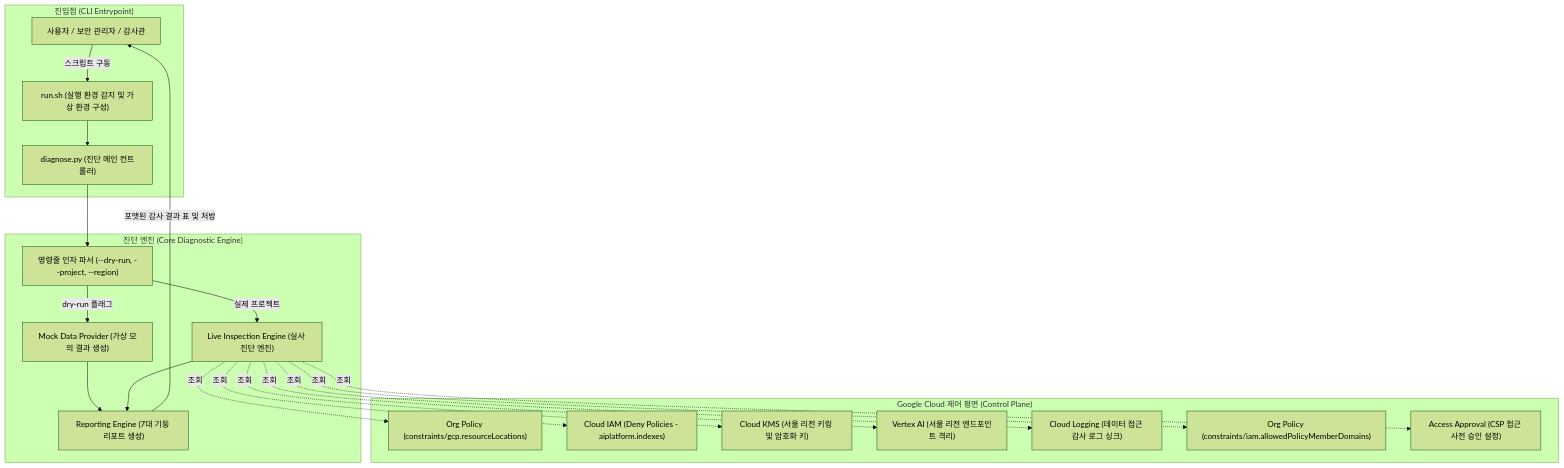
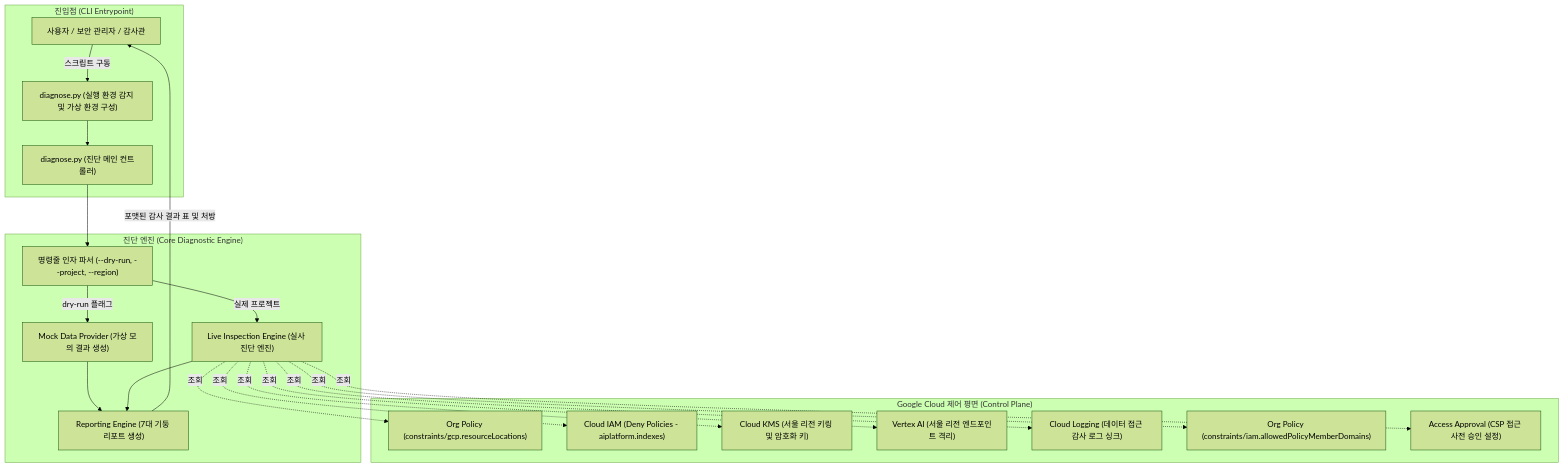
The diagram in samples/korea-nct-gen-ai-compliance-checker/docs/TDD.md (jiangjun-forge/google-cloud-0-to-1), drawn with Mermaid (forest theme) before and after one commit. The commit also changed other lines of this file and 180 other files, not shown here.

````diff
--- a/samples/korea-nct-gen-ai-compliance-checker/docs/TDD.md
+++ b/samples/korea-nct-gen-ai-compliance-checker/docs/TDD.md
@@ -33,41 +33,41 @@
 ```mermaid
 flowchart TD
     subgraph CLI_Entry["진입점 (CLI Entrypoint)"]
         User["사용자 / 보안 관리자 / 감사관"]
-        RunSh["run.sh (실행 환경 감지 및 가상 환경 구성)"]
+        RunSh["diagnose.py (실행 환경 감지 및 가상 환경 구성)"]
         DiagnosePy["diagnose.py (진단 메인 컨트롤러)"]
     end
 
     subgraph Core_Engine["진단 엔진 (Core Diagnostic Engine)"]
         ArgParser["명령줄 인자 파서 (--dry-run, --project, --region)"]
         MockProvider["Mock Data Provider (가상 모의 결과 생성)"]
         LiveScanner["Live Inspection Engine (실사 진단 엔진)"]
         Reporter["Reporting Engine (7대 기둥 리포트 생성)"]
     end
 
     subgraph GCP_Control_Plane["Google Cloud 제어 평면 (Control Plane)"]
         Org_Location["Org Policy (constraints/gcp.resourceLocations)"]
         IAM_Deny["Cloud IAM (Deny Policies - aiplatform.indexes)"]
         Cloud_KMS["Cloud KMS (서울 리전 키링 및 암호화 키)"]
         Vertex_Endpoint["Vertex AI (서울 리전 엔드포인트 격리)"]
         Audit_Logs["Cloud Logging (데이터 접근 감사 로그 싱크)"]
         Org_Domains["Org Policy (constraints/iam.allowedPolicyMemberDomains)"]
         Access_Approval["Access Approval (CSP 접근 사전 승인 설정)"]
     end
 
     User -->|스크립트 구동| RunSh
     RunSh --> DiagnosePy
     DiagnosePy --> ArgParser
     ArgParser -->|dry-run 플래그| MockProvider
     ArgParser -->|실제 프로젝트| LiveScanner
     LiveScanner -.->|조회| Org_Location
     LiveScanner -.->|조회| IAM_Deny
     LiveScanner -.->|조회| Cloud_KMS
     LiveScanner -.->|조회| Vertex_Endpoint
     LiveScanner -.->|조회| Audit_Logs
     LiveScanner -.->|조회| Org_Domains
     LiveScanner -.->|조회| Access_Approval
     MockProvider --> Reporter
     LiveScanner --> Reporter
     Reporter -->|포맷된 감사 결과 표 및 처방| User
 ```
````
